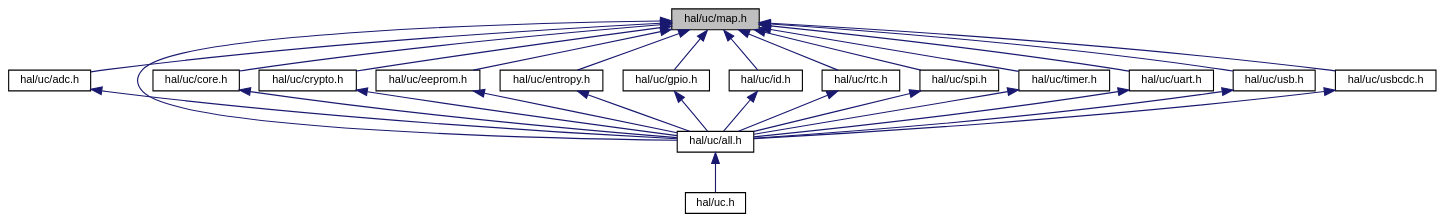
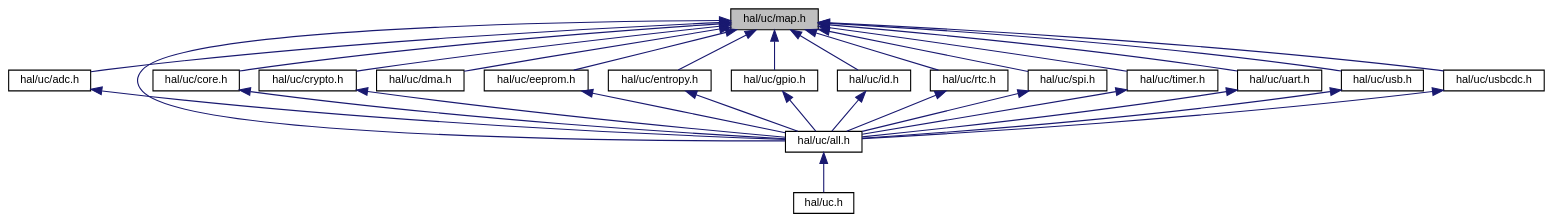
One commit to ebs-universe/piolib-hal-uc changed the diagram in map_8h__dep__incl.dot. Above: the diagram before and after it, drawn with Graphviz. The commit also changed 93 other files, not shown here.

```diff
--- a/map_8h__dep__incl.dot
+++ b/map_8h__dep__incl.dot
@@ -1,52 +1,54 @@
 digraph "hal/uc/map.h"
 {
  // INTERACTIVE_SVG=YES
  // LATEX_PDF_SIZE
   bgcolor="transparent";
   edge [fontname="Helvetica",fontsize="10",labelfontname="Helvetica",labelfontsize="10"];
   node [fontname="Helvetica",fontsize="10",shape=record];
   Node1 [label="hal/uc/map.h",height=0.2,width=0.4,color="black", fillcolor="grey75", style="filled", fontcolor="black",tooltip="HAL for uC Peripheral Map."];
   Node1 -> Node2 [dir="back",color="midnightblue",fontsize="10",style="solid",fontname="Helvetica"];
   Node2 [label="hal/uc/adc.h",height=0.2,width=0.4,color="black",URL="$uc_2adc_8h.html",tooltip="HAL for uC Internal ADC interfaces."];
   Node2 -> Node3 [dir="back",color="midnightblue",fontsize="10",style="solid",fontname="Helvetica"];
   Node3 [label="hal/uc/all.h",height=0.2,width=0.4,color="black",URL="$uc_2all_8h_source.html",tooltip=" "];
   Node3 -> Node4 [dir="back",color="midnightblue",fontsize="10",style="solid",fontname="Helvetica"];
   Node4 [label="hal/uc.h",height=0.2,width=0.4,color="black",URL="$uc_8h_source.html",tooltip=" "];
   Node1 -> Node3 [dir="back",color="midnightblue",fontsize="10",style="solid",fontname="Helvetica"];
   Node1 -> Node5 [dir="back",color="midnightblue",fontsize="10",style="solid",fontname="Helvetica"];
   Node5 [label="hal/uc/core.h",height=0.2,width=0.4,color="black",URL="$core_8h.html",tooltip="HAL for uC Core peripherals."];
   Node5 -> Node3 [dir="back",color="midnightblue",fontsize="10",style="solid",fontname="Helvetica"];
   Node1 -> Node6 [dir="back",color="midnightblue",fontsize="10",style="solid",fontname="Helvetica"];
   Node6 [label="hal/uc/crypto.h",height=0.2,width=0.4,color="black",URL="$uc_2crypto_8h_source.html",tooltip=" "];
   Node6 -> Node3 [dir="back",color="midnightblue",fontsize="10",style="solid",fontname="Helvetica"];
   Node1 -> Node7 [dir="back",color="midnightblue",fontsize="10",style="solid",fontname="Helvetica"];
-  Node7 [label="hal/uc/eeprom.h",height=0.2,width=0.4,color="black",URL="$eeprom_8h.html",tooltip="HAL for uC EEPROM peripherals."];
-  Node7 -> Node3 [dir="back",color="midnightblue",fontsize="10",style="solid",fontname="Helvetica"];
+  Node7 [label="hal/uc/dma.h",height=0.2,width=0.4,color="black",URL="$dma_8h.html",tooltip="HAL for DMA."];
   Node1 -> Node8 [dir="back",color="midnightblue",fontsize="10",style="solid",fontname="Helvetica"];
-  Node8 [label="hal/uc/entropy.h",height=0.2,width=0.4,color="black",URL="$entropy_8h.html",tooltip="HAL for uC entropy source."];
+  Node8 [label="hal/uc/eeprom.h",height=0.2,width=0.4,color="black",URL="$eeprom_8h.html",tooltip="HAL for uC EEPROM peripherals."];
   Node8 -> Node3 [dir="back",color="midnightblue",fontsize="10",style="solid",fontname="Helvetica"];
   Node1 -> Node9 [dir="back",color="midnightblue",fontsize="10",style="solid",fontname="Helvetica"];
-  Node9 [label="hal/uc/gpio.h",height=0.2,width=0.4,color="black",URL="$gpio_8h.html",tooltip="HAL for uC GPIOs."];
+  Node9 [label="hal/uc/entropy.h",height=0.2,width=0.4,color="black",URL="$entropy_8h.html",tooltip="HAL for uC entropy source."];
   Node9 -> Node3 [dir="back",color="midnightblue",fontsize="10",style="solid",fontname="Helvetica"];
   Node1 -> Node10 [dir="back",color="midnightblue",fontsize="10",style="solid",fontname="Helvetica"];
-  Node10 [label="hal/uc/id.h",height=0.2,width=0.4,color="black",URL="$id_8h.html",tooltip="HAL for uC ID."];
+  Node10 [label="hal/uc/gpio.h",height=0.2,width=0.4,color="black",URL="$gpio_8h.html",tooltip="HAL for uC GPIOs."];
   Node10 -> Node3 [dir="back",color="midnightblue",fontsize="10",style="solid",fontname="Helvetica"];
   Node1 -> Node11 [dir="back",color="midnightblue",fontsize="10",style="solid",fontname="Helvetica"];
-  Node11 [label="hal/uc/rtc.h",height=0.2,width=0.4,color="black",URL="$uc_2rtc_8h.html",tooltip="HAL for uC RTCs."];
+  Node11 [label="hal/uc/id.h",height=0.2,width=0.4,color="black",URL="$id_8h.html",tooltip="HAL for uC ID."];
   Node11 -> Node3 [dir="back",color="midnightblue",fontsize="10",style="solid",fontname="Helvetica"];
   Node1 -> Node12 [dir="back",color="midnightblue",fontsize="10",style="solid",fontname="Helvetica"];
-  Node12 [label="hal/uc/spi.h",height=0.2,width=0.4,color="black",URL="$spi_8h.html",tooltip="HAL for SPI interfaces."];
+  Node12 [label="hal/uc/rtc.h",height=0.2,width=0.4,color="black",URL="$uc_2rtc_8h.html",tooltip="HAL for uC RTCs."];
   Node12 -> Node3 [dir="back",color="midnightblue",fontsize="10",style="solid",fontname="Helvetica"];
   Node1 -> Node13 [dir="back",color="midnightblue",fontsize="10",style="solid",fontname="Helvetica"];
-  Node13 [label="hal/uc/timer.h",height=0.2,width=0.4,color="black",URL="$uc_2timer_8h.html",tooltip="HAL for uC Timers."];
+  Node13 [label="hal/uc/spi.h",height=0.2,width=0.4,color="black",URL="$spi_8h.html",tooltip="HAL for SPI interfaces."];
   Node13 -> Node3 [dir="back",color="midnightblue",fontsize="10",style="solid",fontname="Helvetica"];
   Node1 -> Node14 [dir="back",color="midnightblue",fontsize="10",style="solid",fontname="Helvetica"];
-  Node14 [label="hal/uc/uart.h",height=0.2,width=0.4,color="black",URL="$uc_2uart_8h_source.html",tooltip=" "];
+  Node14 [label="hal/uc/timer.h",height=0.2,width=0.4,color="black",URL="$uc_2timer_8h.html",tooltip="HAL for uC Timers."];
   Node14 -> Node3 [dir="back",color="midnightblue",fontsize="10",style="solid",fontname="Helvetica"];
   Node1 -> Node15 [dir="back",color="midnightblue",fontsize="10",style="solid",fontname="Helvetica"];
-  Node15 [label="hal/uc/usb.h",height=0.2,width=0.4,color="black",URL="$usb_8h.html",tooltip="HAL for USB interface."];
+  Node15 [label="hal/uc/uart.h",height=0.2,width=0.4,color="black",URL="$uc_2uart_8h_source.html",tooltip=" "];
   Node15 -> Node3 [dir="back",color="midnightblue",fontsize="10",style="solid",fontname="Helvetica"];
   Node1 -> Node16 [dir="back",color="midnightblue",fontsize="10",style="solid",fontname="Helvetica"];
-  Node16 [label="hal/uc/usbcdc.h",height=0.2,width=0.4,color="black",URL="$usbcdc_8h.html",tooltip="HAL for USB CDC interface."];
+  Node16 [label="hal/uc/usb.h",height=0.2,width=0.4,color="black",URL="$usb_8h.html",tooltip="HAL for USB interface."];
   Node16 -> Node3 [dir="back",color="midnightblue",fontsize="10",style="solid",fontname="Helvetica"];
+  Node1 -> Node17 [dir="back",color="midnightblue",fontsize="10",style="solid",fontname="Helvetica"];
+  Node17 [label="hal/uc/usbcdc.h",height=0.2,width=0.4,color="black",URL="$usbcdc_8h.html",tooltip="HAL for USB CDC interface."];
+  Node17 -> Node3 [dir="back",color="midnightblue",fontsize="10",style="solid",fontname="Helvetica"];
 }
```
